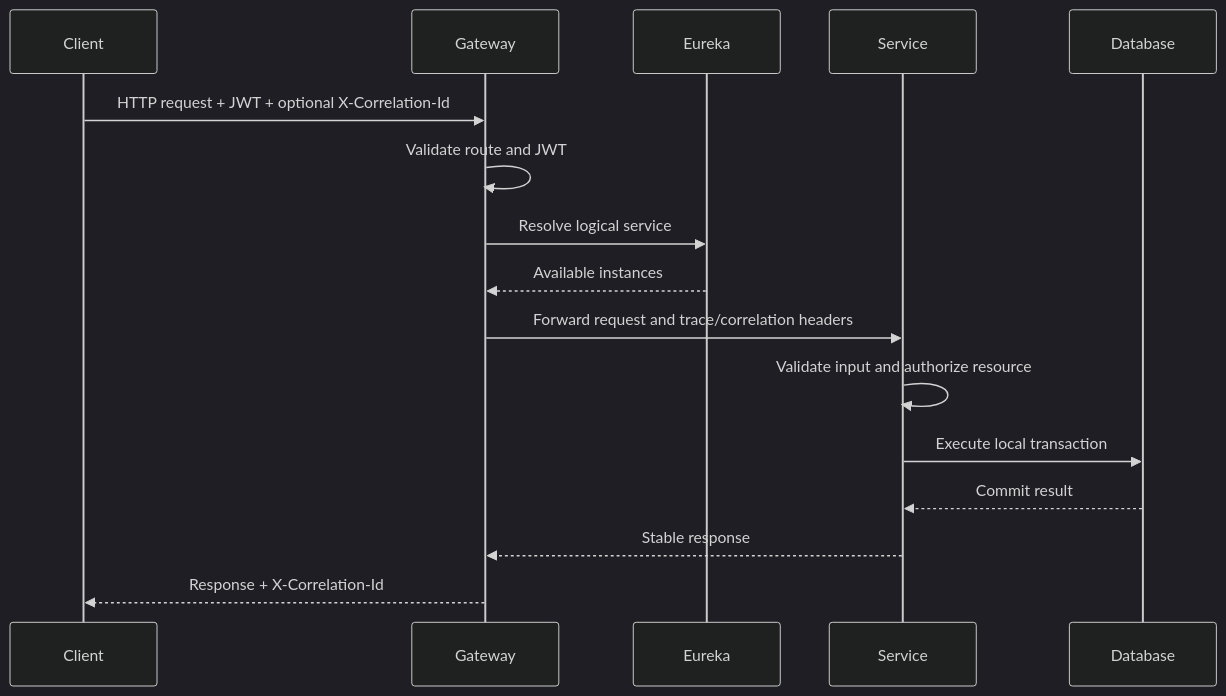
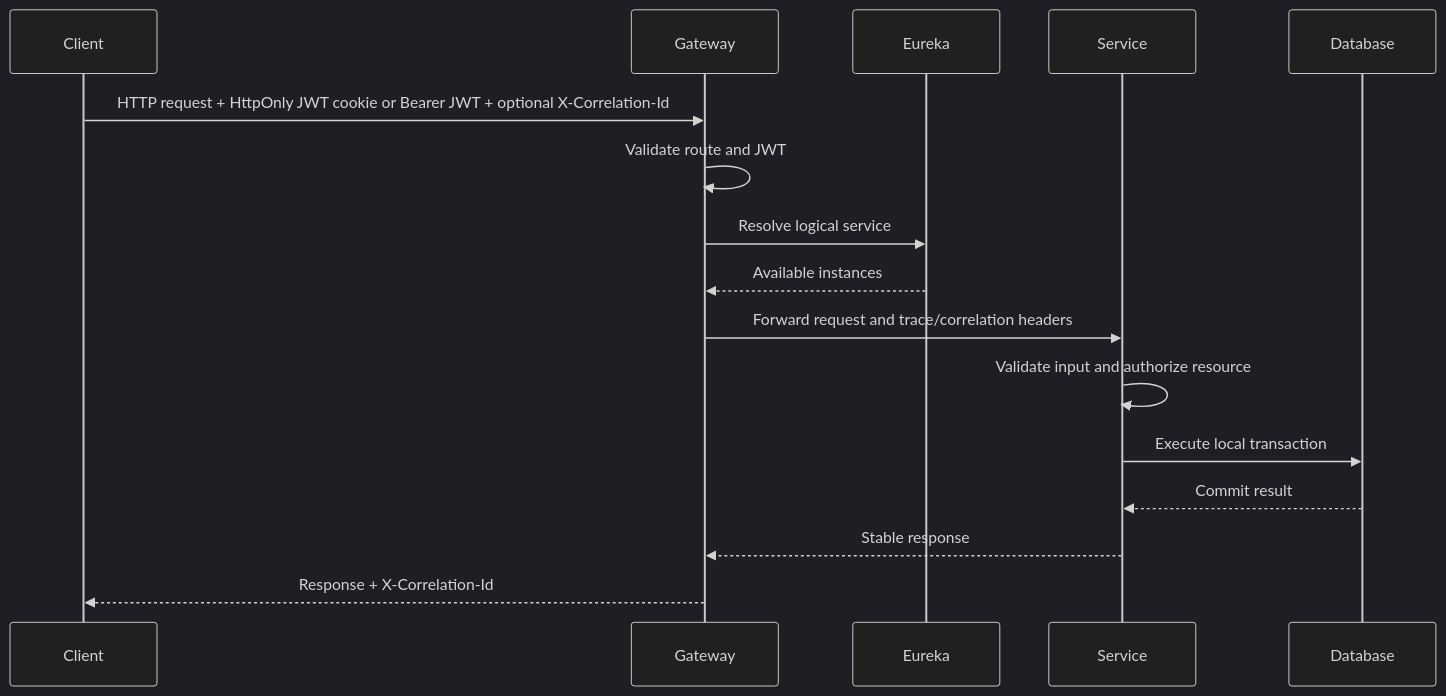
Before and after one commit to taukhir/shopverse: the first of 6 diagrams in docs/architecture/CHECKOUT-SECURITY-EVENT-FLOWS.md, drawn with Mermaid (dark theme). The commit also changed other lines of this file and 90 other files, not shown here.

````diff
--- a/docs/architecture/CHECKOUT-SECURITY-EVENT-FLOWS.md
+++ b/docs/architecture/CHECKOUT-SECURITY-EVENT-FLOWS.md
@@ -5,19 +5,19 @@
 ```mermaid
 sequenceDiagram
     participant Client
     participant Gateway
     participant Eureka
     participant Service
     participant Database
 
-    Client->>Gateway: HTTP request + JWT + optional X-Correlation-Id
+    Client->>Gateway: HTTP request + HttpOnly JWT cookie or Bearer JWT + optional X-Correlation-Id
     Gateway->>Gateway: Validate route and JWT
     Gateway->>Eureka: Resolve logical service
     Eureka-->>Gateway: Available instances
     Gateway->>Service: Forward request and trace/correlation headers
     Service->>Service: Validate input and authorize resource
     Service->>Database: Execute local transaction
     Database-->>Service: Commit result
     Service-->>Gateway: Stable response
     Gateway-->>Client: Response + X-Correlation-Id
 ```
````
